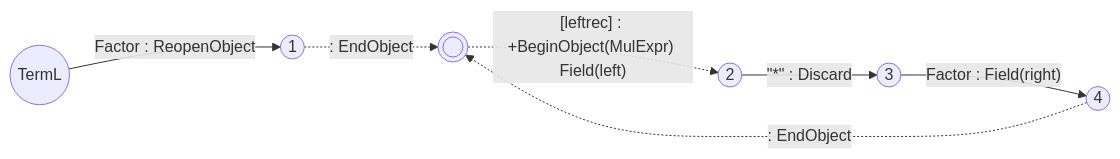
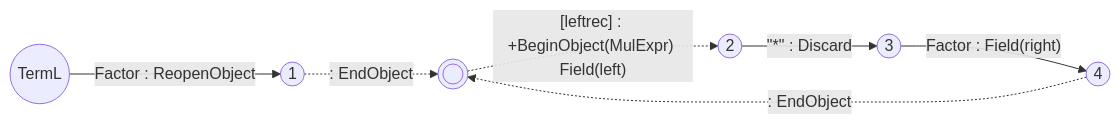
The eighth of 9 diagrams in Blog/GLR-Refactoring/Mermaid.md (vczh-websites/vczh), drawn with Mermaid before and after one commit. The commit also changed other lines of this file, not shown here.

````diff
--- a/Blog/GLR-Refactoring/Mermaid.md
+++ b/Blog/GLR-Refactoring/Mermaid.md
@@ -95,10 +95,9 @@
 ```mermaid
 graph LR
   S((TermL))-- Factor : ReopenObject --> 1
   1((1))-. : EndObject .->E((( )))
   2((2))-- #quot;*#quot; : Discard -->3
   3((3))-- Factor : Field(right) --> 4
   4((4))-. : EndObject .->E
   E-. [leftrec] : +BeginObject(MulExpr) Field(left) .->2
-  S~~~2
 ```
````
